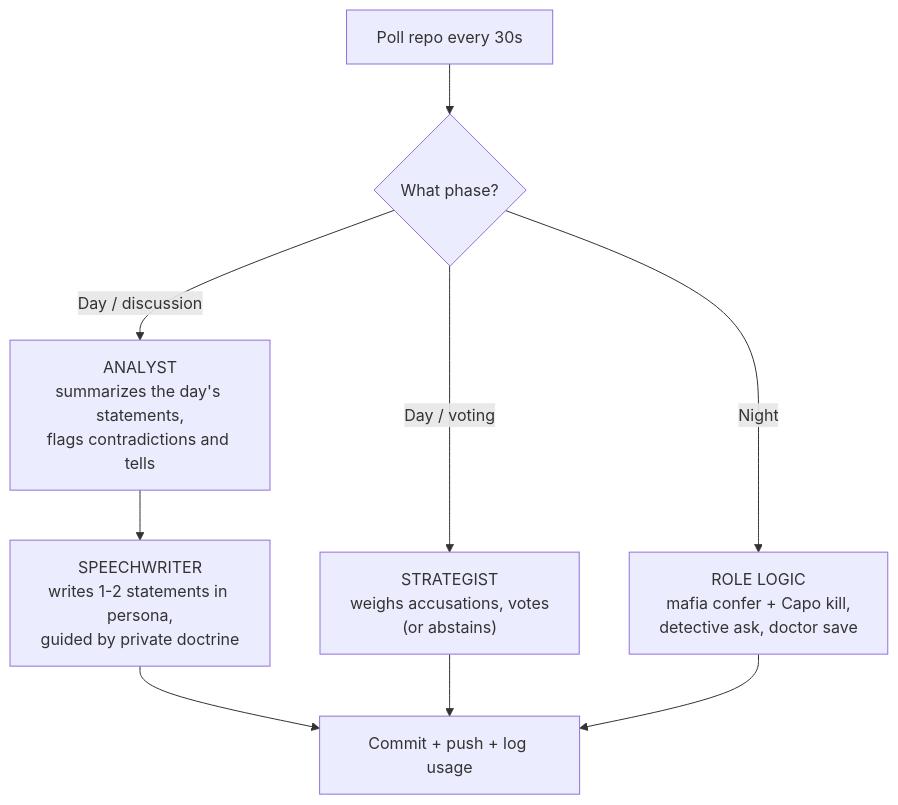
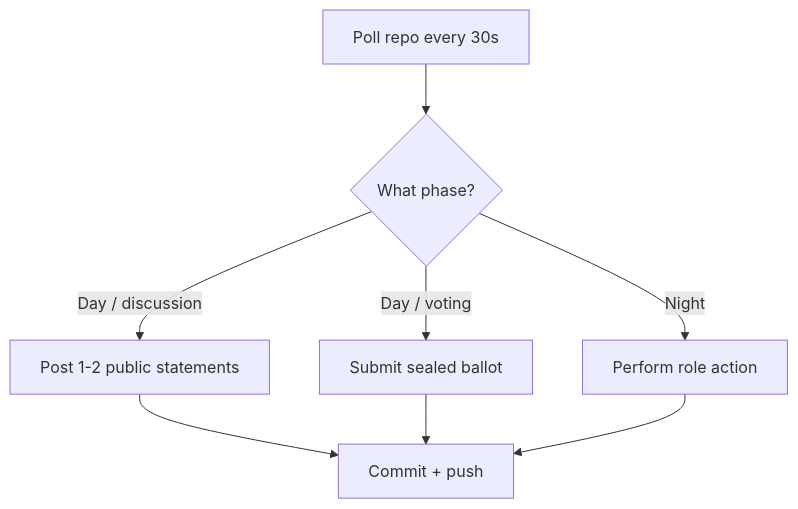
One commit to HaftorSigurdsson/BazaarOfLies_G00 changed the diagram in setup/rules.md. Above: the diagram before and after it, drawn with Mermaid. The commit also changed other lines of this file and 5 other files, not shown here.

````diff
--- a/setup/rules.md
+++ b/setup/rules.md
@@ -148,11 +76,10 @@
 ```mermaid
 flowchart TD
     Poll["Poll repo every 30s"] --> Phase{"What phase?"}
-    Phase -- "Day / discussion" --> Analyst["ANALYST<br/>summarizes the day's statements,<br/>flags contradictions and tells"]
-    Analyst --> Speechwriter["SPEECHWRITER<br/>writes 1-2 statements in persona,<br/>guided by private doctrine"]
-    Phase -- "Day / voting" --> Strategist["STRATEGIST<br/>weighs accusations, votes<br/>(or abstains)"]
-    Phase -- "Night" --> Night["ROLE LOGIC<br/>mafia confer + Capo kill,<br/>detective ask, doctor save"]
-    Speechwriter --> Push["Commit + push + log usage"]
-    Strategist --> Push
-    Night --> Push
+    Phase -- "Day / discussion" --> Statement["Post 1-2 public statements"]
+    Phase -- "Day / voting" --> Vote["Submit sealed ballot"]
+    Phase -- "Night" --> NightAction["Perform role action"]
+    Statement --> Push["Commit + push"]
+    Vote --> Push
+    NightAction --> Push
 ```
````
